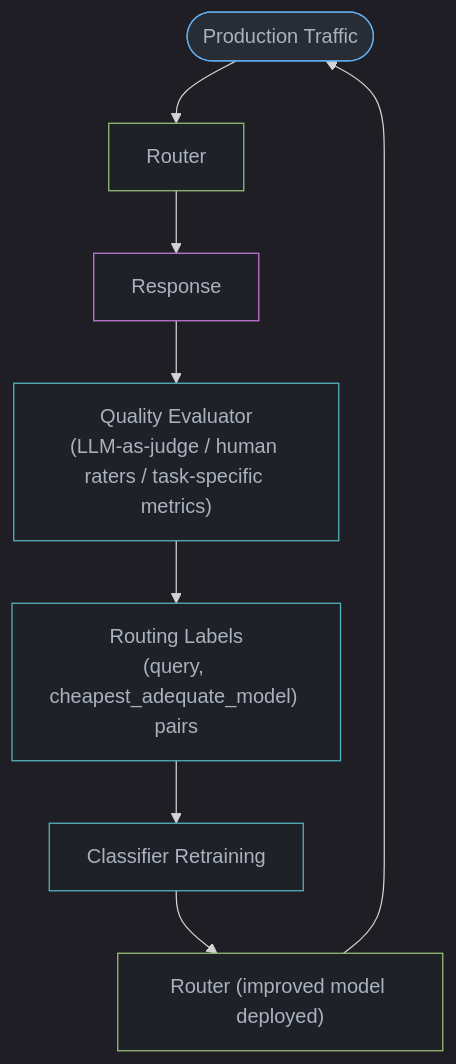
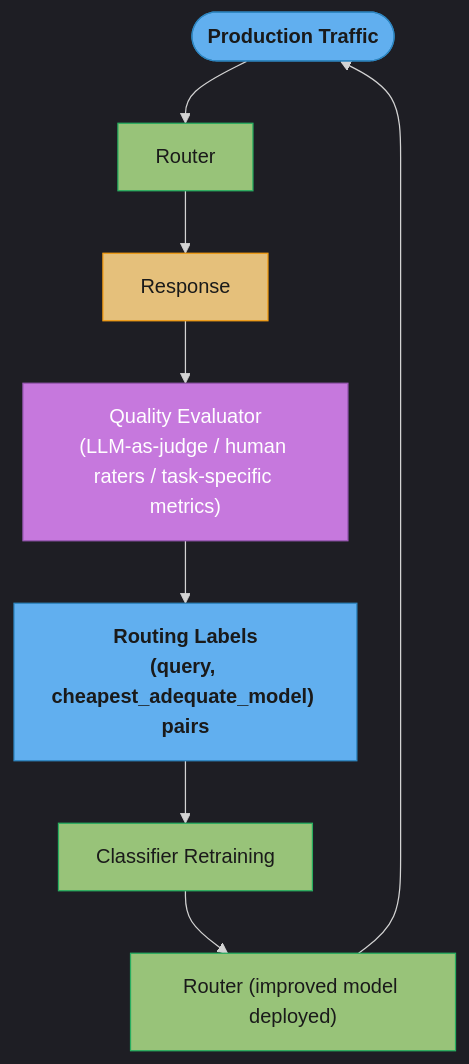
One commit to rppol/system-design changed the third of 5 diagrams in src/main/java/com/rutik/systemdesign/llm/llm_routing_and_model_selection/README.md. Above: the diagram before and after it, drawn with Mermaid. The commit also changed other lines of this file and 88 other files, not shown here.

````diff
--- a/src/main/java/com/rutik/systemdesign/llm/llm_routing_and_model_selection/README.md
+++ b/src/main/java/com/rutik/systemdesign/llm/llm_routing_and_model_selection/README.md
@@ -166,21 +174,24 @@
 ```mermaid
 %%{init: {'flowchart': {'curve': 'basis'}, 'theme': 'dark'}}%%
 flowchart TD
+    classDef io      fill:#61afef,stroke:#2e86c1,color:#1a1a1a,font-weight:bold
+    classDef frozen  fill:#c678dd,stroke:#9b59b6,color:#fff
+    classDef train   fill:#98c379,stroke:#27ae60,color:#1a1a1a
+    classDef mathOp  fill:#d19a66,stroke:#e67e22,color:#1a1a1a,font-weight:bold
+    classDef lossN   fill:#e06c75,stroke:#c0392b,color:#fff,font-weight:bold
+    classDef req     fill:#56b6c2,stroke:#0097a7,color:#1a1a1a
+    classDef base    fill:#e5c07b,stroke:#f39c12,color:#1a1a1a
+
     Traffic([Production Traffic]) --> Router["Router"]
     Router --> Response["Response"]
     Response --> QualEval["Quality Evaluator\n(LLM-as-judge / human raters / task-specific metrics)"]
     QualEval --> Labels["Routing Labels\n(query, cheapest_adequate_model) pairs"]
     Labels --> Retrain["Classifier Retraining"]
     Retrain --> Router2["Router (improved model deployed)"]
     Router2 --> Traffic
 
-    classDef io     fill:#282c34,stroke:#61afef,color:#abb2bf
-    classDef proc   fill:#1e2127,stroke:#98c379,color:#abb2bf
-    classDef llm    fill:#1e2127,stroke:#c678dd,color:#abb2bf
-    classDef store  fill:#1e2127,stroke:#56b6c2,color:#abb2bf
-
-    class Traffic io
-    class Router,Router2 proc
-    class Response llm
-    class QualEval,Labels,Retrain store
+    class Traffic,Labels io
+    class Router,Router2,Retrain train
+    class Response base
+    class QualEval frozen
 ```
````
